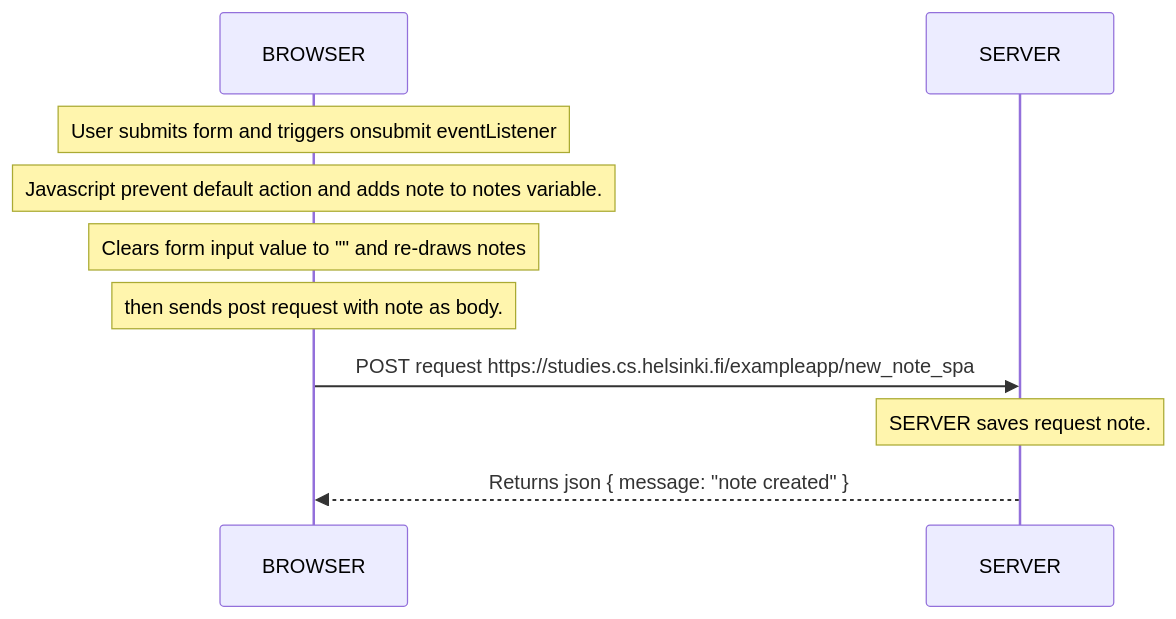
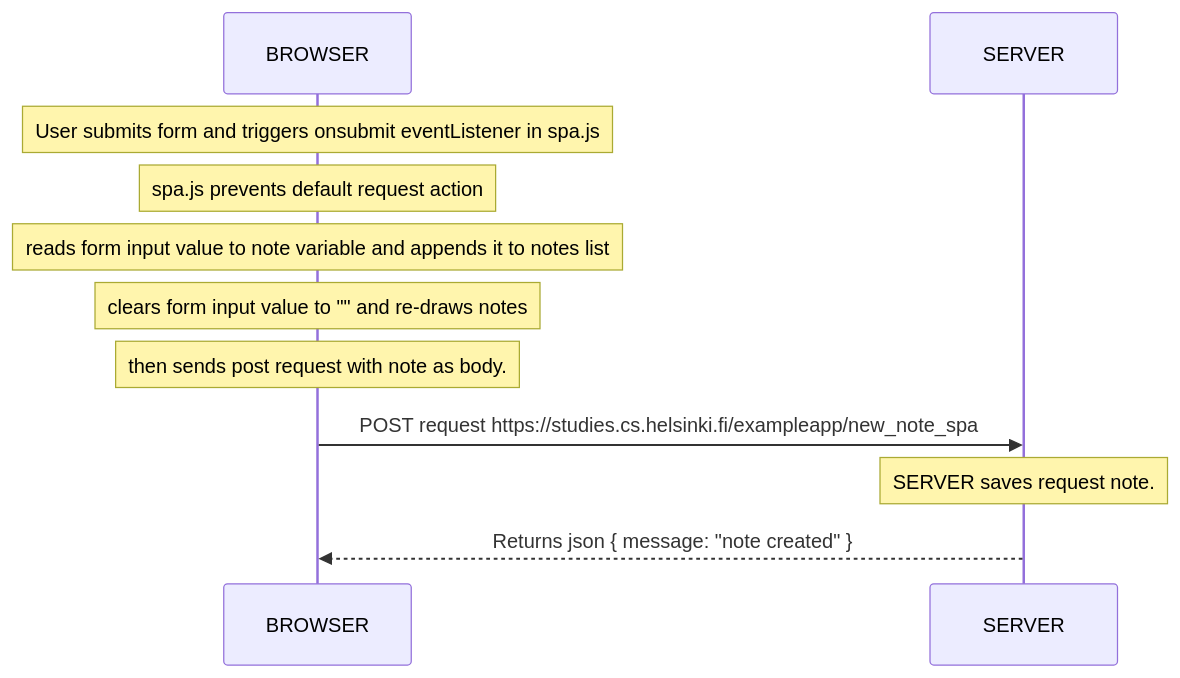
One commit to eWelli/fullstackopen-course changed the diagram in part0/exercise0.6.md. Above: the diagram before and after it, drawn with Mermaid.

Commit message:
better explenation

````diff
--- a/part0/exercise0.6.md
+++ b/part0/exercise0.6.md
@@ -4,10 +4,11 @@
 ```mermaid
 sequenceDiagram
-    NOTE OVER BROWSER: User submits form and triggers onsubmit eventListener
-    NOTE OVER BROWSER: Javascript prevent default action and adds note to notes variable.
-    NOTE OVER BROWSER: Clears form input value to "" and re-draws notes
+    NOTE OVER BROWSER: User submits form and triggers onsubmit eventListener in spa.js
+    NOTE OVER BROWSER: spa.js prevents default request action
+    NOTE OVER BROWSER: reads form input value to note variable and appends it to notes list
+    NOTE OVER BROWSER: clears form input value to "" and re-draws notes
     NOTE OVER BROWSER: then sends post request with note as body.
     BROWSER->>SERVER: POST request https://studies.cs.helsinki.fi/exampleapp/new_note_spa
     NOTE over SERVER: SERVER saves request note.
     SERVER-->>BROWSER: Returns json { message: "note created" }
 ```
````
